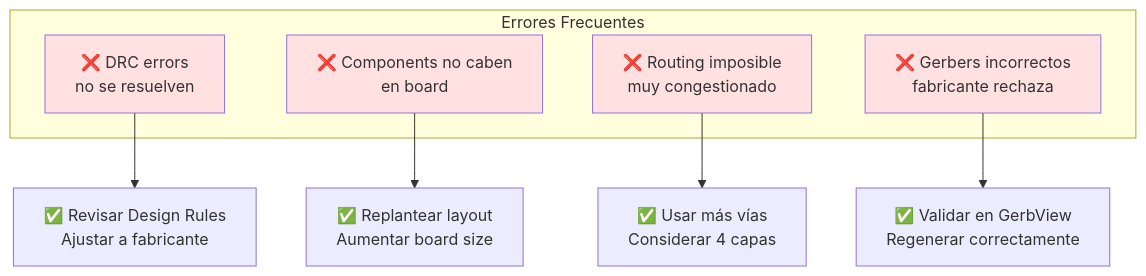
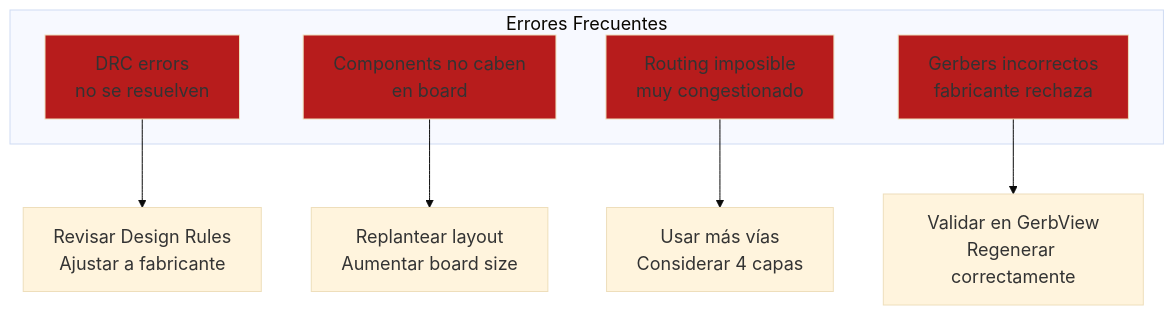
One commit to Ai-Whisperers/Courses-Content changed diagram 11 of 11 in courses/🟡-development/FPUNA-2026/02-ELECTRONICA-AUTOMATIZACION/02-diseno-pcb.md. Above: the diagram before and after it, drawn with Mermaid. The commit also changed other lines of this file and 47 other files, not shown here.

First line of the commit message:
fix: Make all 473 diagrams WCAG AAA accessible (FPUNA-2026)

````diff
--- a/courses/🟡-development/FPUNA-2026/02-ELECTRONICA-AUTOMATIZACION/02-diseno-pcb.md
+++ b/courses/🟡-development/FPUNA-2026/02-ELECTRONICA-AUTOMATIZACION/02-diseno-pcb.md
@@ -1540,19 +1550,20 @@
 ```mermaid
+%%{init: {'theme':'base', 'themeVariables': {'fontSize':'18px'}}}%%
 graph TD
     subgraph "Errores Frecuentes"
-        A[❌ DRC errors<br/>no se resuelven]
-        B[❌ Components no caben<br/>en board]
-        C[❌ Routing imposible<br/>muy congestionado]
-        D[❌ Gerbers incorrectos<br/>fabricante rechaza]
+        A[DRC errors<br/>no se resuelven]
+        B[Components no caben<br/>en board]
+        C[Routing imposible<br/>muy congestionado]
+        D[Gerbers incorrectos<br/>fabricante rechaza]
     end
     
-    A --> A1[✅ Revisar Design Rules<br/>Ajustar a fabricante]
-    B --> B1[✅ Replantear layout<br/>Aumentar board size]
-    C --> C1[✅ Usar más vías<br/>Considerar 4 capas]
-    D --> D1[✅ Validar en GerbView<br/>Regenerar correctamente]
+    A --> A1[Revisar Design Rules<br/>Ajustar a fabricante]
+    B --> B1[Replantear layout<br/>Aumentar board size]
+    C --> C1[Usar más vías<br/>Considerar 4 capas]
+    D --> D1[Validar en GerbView<br/>Regenerar correctamente]
     
-    style A fill:#FFE1E1
-    style B fill:#FFE1E1
-    style C fill:#FFE1E1
-    style D fill:#FFE1E1
+    style A fill:#b71c1c
+    style B fill:#b71c1c
+    style C fill:#b71c1c
+    style D fill:#b71c1c
 ```
````
